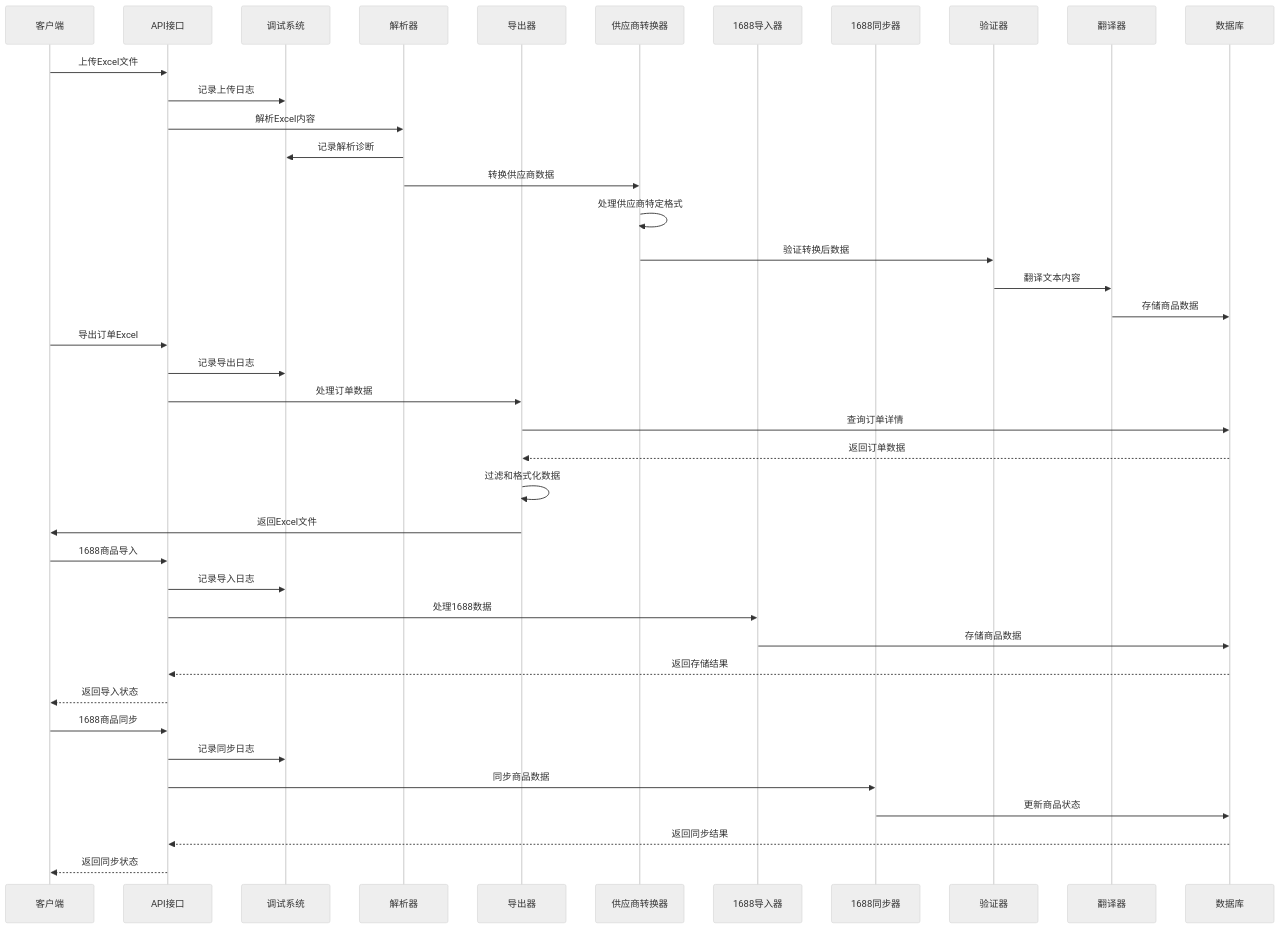
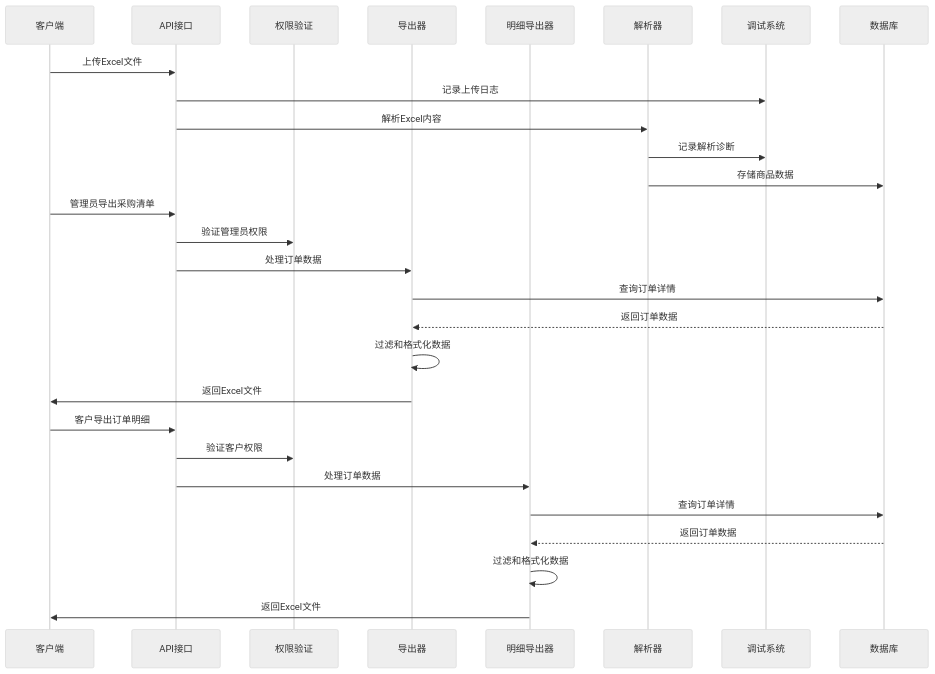
The second of 23 diagrams in .qoder/repowiki/zh/content/Excel Import System.md (three3638-arch/celestia_2b), drawn with Mermaid (neutral theme) before and after one commit. The commit also changed other lines of this file and 2 other files, not shown here.

````diff
--- a/.qoder/repowiki/zh/content/Excel Import System.md
+++ b/.qoder/repowiki/zh/content/Excel Import System.md
@@ -225,42 +246,30 @@
 ```mermaid
 sequenceDiagram
 participant Client as 客户端
 participant API as API接口
+participant Auth as 权限验证
+participant Exporter as 导出器
+participant DetailExporter as 明细导出器
+participant Parser as 解析器
 participant Debug as 调试系统
-participant Parser as 解析器
-participant Exporter as 导出器
-participant SupplierConverter as 供应商转换器
-participant Ali1688Importer as 1688导入器
-participant Ali1688Syncer as 1688同步器
-participant Validator as 验证器
-participant Translator as 翻译器
 participant DB as 数据库
 Client->>API : 上传Excel文件
 API->>Debug : 记录上传日志
 API->>Parser : 解析Excel内容
 Parser->>Debug : 记录解析诊断
-Parser->>SupplierConverter : 转换供应商数据
-SupplierConverter->>SupplierConverter : 处理供应商特定格式
-SupplierConverter->>Validator : 验证转换后数据
-Validator->>Translator : 翻译文本内容
-Translator->>DB : 存储商品数据
-Client->>API : 导出订单Excel
-API->>Debug : 记录导出日志
+Parser->>DB : 存储商品数据
+Client->>API : 管理员导出采购清单
+API->>Auth : 验证管理员权限
 API->>Exporter : 处理订单数据
 Exporter->>DB : 查询订单详情
 DB-->>Exporter : 返回订单数据
 Exporter->>Exporter : 过滤和格式化数据
 Exporter->>Client : 返回Excel文件
-Client->>API : 1688商品导入
-API->>Debug : 记录导入日志
-API->>Ali1688Importer : 处理1688数据
-Ali1688Importer->>DB : 存储商品数据
-DB-->>API : 返回存储结果
-API-->>Client : 返回导入状态
-Client->>API : 1688商品同步
-API->>Debug : 记录同步日志
-API->>Ali1688Syncer : 同步商品数据
-Ali1688Syncer->>DB : 更新商品状态
-DB-->>API : 返回同步结果
-API-->>Client : 返回同步状态
+Client->>API : 客户导出订单明细
+API->>Auth : 验证客户权限
+API->>DetailExporter : 处理订单数据
+DetailExporter->>DB : 查询订单详情
+DB-->>DetailExporter : 返回订单数据
+DetailExporter->>DetailExporter : 过滤和格式化数据
+DetailExporter->>Client : 返回Excel文件
 ```
````
